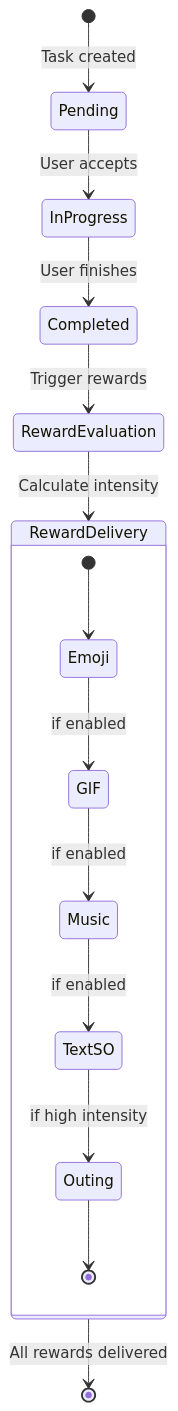
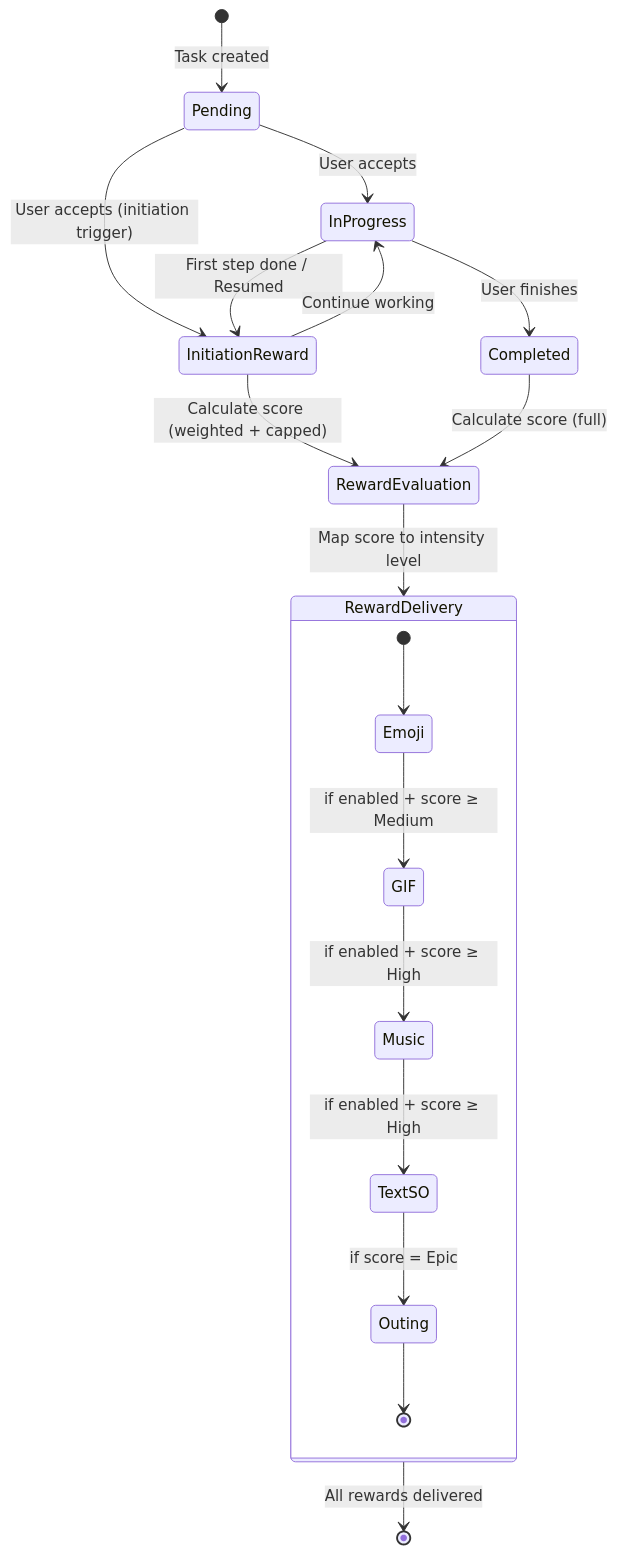
Before and after one commit to NickBorgersProbably/hide-my-list: diagram 18 of 19 in docs/reward-system.md, drawn with Mermaid. The commit also changed other lines of this file, not shown here.

First line of the commit message:
Unify initiation and completion reward scoring into single algorithm

````diff
--- a/docs/reward-system.md
+++ b/docs/reward-system.md
@@ -686,21 +727,27 @@
 ```mermaid
 stateDiagram-v2
     [*] --> Pending: Task created
 
     Pending --> InProgress: User accepts
     InProgress --> Completed: User finishes
 
-    Completed --> RewardEvaluation: Trigger rewards
-    RewardEvaluation --> RewardDelivery: Calculate intensity
+    Pending --> InitiationReward: User accepts (initiation trigger)
+    InProgress --> InitiationReward: First step done / Resumed
+
+    InitiationReward --> RewardEvaluation: Calculate score (weighted + capped)
+    Completed --> RewardEvaluation: Calculate score (full)
+
+    RewardEvaluation --> RewardDelivery: Map score to intensity level
 
     state RewardDelivery {
         [*] --> Emoji
-        Emoji --> GIF: if enabled
-        GIF --> Music: if enabled
-        Music --> TextSO: if enabled
-        TextSO --> Outing: if high intensity
+        Emoji --> GIF: if enabled + score ≥ Medium
+        GIF --> Music: if enabled + score ≥ High
+        Music --> TextSO: if enabled + score ≥ High
+        TextSO --> Outing: if score = Epic
         Outing --> [*]
     }
 
+    InitiationReward --> InProgress: Continue working
     RewardDelivery --> [*]: All rewards delivered
 ```
````
